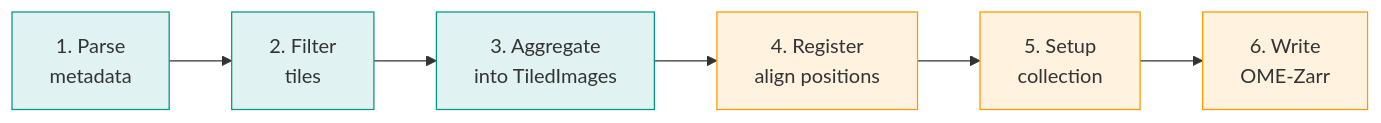
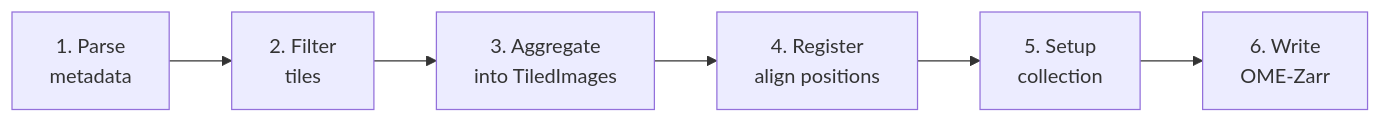
Before and after one commit to BioVisionCenter/ome-zarr-converters-tools: the second of 2 diagrams in docs/index.md, drawn with Mermaid. The commit also changed 1 other file, not shown here.

Commit message:
remove style from diagrams

````diff
--- a/docs/index.md
+++ b/docs/index.md
@@ -54,15 +54,8 @@
 ```mermaid
 flowchart LR
     A["1. Parse<br>metadata"] --> B["2. Filter<br>tiles"]
     B --> C["3. Aggregate<br>into TiledImages"]
     C --> D["4. Register<br>align positions"]
     D --> E["5. Setup<br>collection"]
     E --> F["6. Write<br>OME-Zarr"]
-
-    style A fill:#e0f2f1,stroke:#009688
-    style B fill:#e0f2f1,stroke:#009688
-    style C fill:#e0f2f1,stroke:#009688
-    style D fill:#fff3e0,stroke:#ff9800
-    style E fill:#fff3e0,stroke:#ff9800
-    style F fill:#fff3e0,stroke:#ff9800
 ```
````
